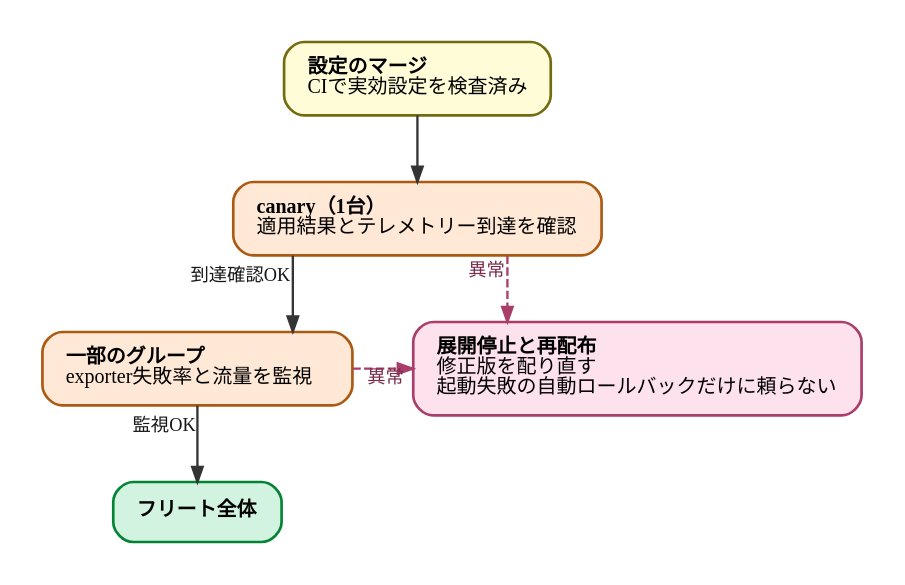
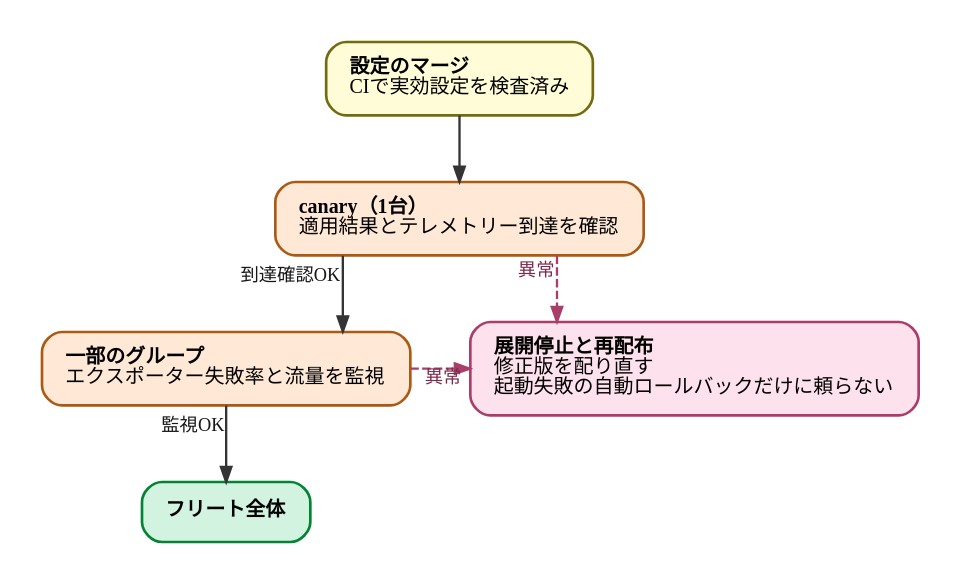
One commit to ymotongpoo/zenn.dev changed the diagram in diagrams/observability-platform-with-otel/20260926-staged-rollout.dot. Above: the diagram before and after it, drawn with Graphviz. The commit also changed 27 other files, not shown here.

```diff
--- a/diagrams/observability-platform-with-otel/20260926-staged-rollout.dot
+++ b/diagrams/observability-platform-with-otel/20260926-staged-rollout.dot
@@ -1,34 +1,34 @@
 // リモート設定の段階的ロールアウト
 digraph staged_rollout {
   graph [
     fontname="IBM Plex Sans JP", fontsize=13,
     rankdir=TB, compound=true, splines=ortho,
     nodesep=0.5, ranksep=0.55, pad=0.25,
     bgcolor="white", newrank=true
   ];
   node [
     fontname="IBM Plex Sans JP", fontsize=12,
     shape=box, style="rounded,filled",
     fillcolor="#E4E4E4", color="#4A4A4A", penwidth=1.6,
     margin="0.2,0.14"
   ];
   edge [
     fontname="IBM Plex Sans JP", fontsize=11,
     color="#343434", penwidth=1.4, arrowsize=0.9,
     fontcolor="#171717"
   ];
 
   merged [label=<<b>設定のマージ</b><br align="left"/>CIで実効設定を検査済み<br align="left"/>>, fillcolor="#FFFCD7", color="#736B10"];
   canary [label=<<b>canary（1台）</b><br align="left"/>適用結果とテレメトリー到達を確認<br align="left"/>>, fillcolor="#FFE9D6", color="#AB5A13"];
-  partial [label=<<b>一部のグループ</b><br align="left"/>exporter失敗率と流量を監視<br align="left"/>>, fillcolor="#FFE9D6", color="#AB5A13"];
+  partial [label=<<b>一部のグループ</b><br align="left"/>エクスポーター失敗率と流量を監視<br align="left"/>>, fillcolor="#FFE9D6", color="#AB5A13"];
   full [label=<<b>フリート全体</b>>, fillcolor="#D2F3DF", color="#038435"];
   halt [label=<<b>展開停止と再配布</b><br align="left"/>修正版を配り直す<br align="left"/>起動失敗の自動ロールバックだけに頼らない<br align="left"/>>, fillcolor="#FDE1EC", color="#AA3E6A"];
 
   merged -> canary;
   canary -> partial [xlabel=" 到達確認OK"];
   partial -> full [xlabel=" 監視OK"];
   canary -> halt [style=dashed, color="#AA3E6A", fontcolor="#7A2C4C", xlabel=" 異常"];
   partial -> halt [style=dashed, color="#AA3E6A", fontcolor="#7A2C4C", xlabel=" 異常"];
 
   { rank=same; partial; halt; }
 }
```
